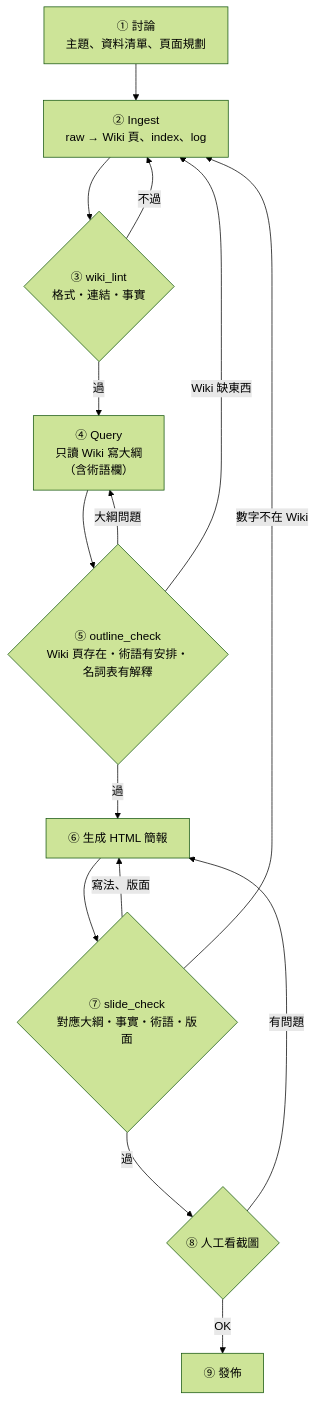
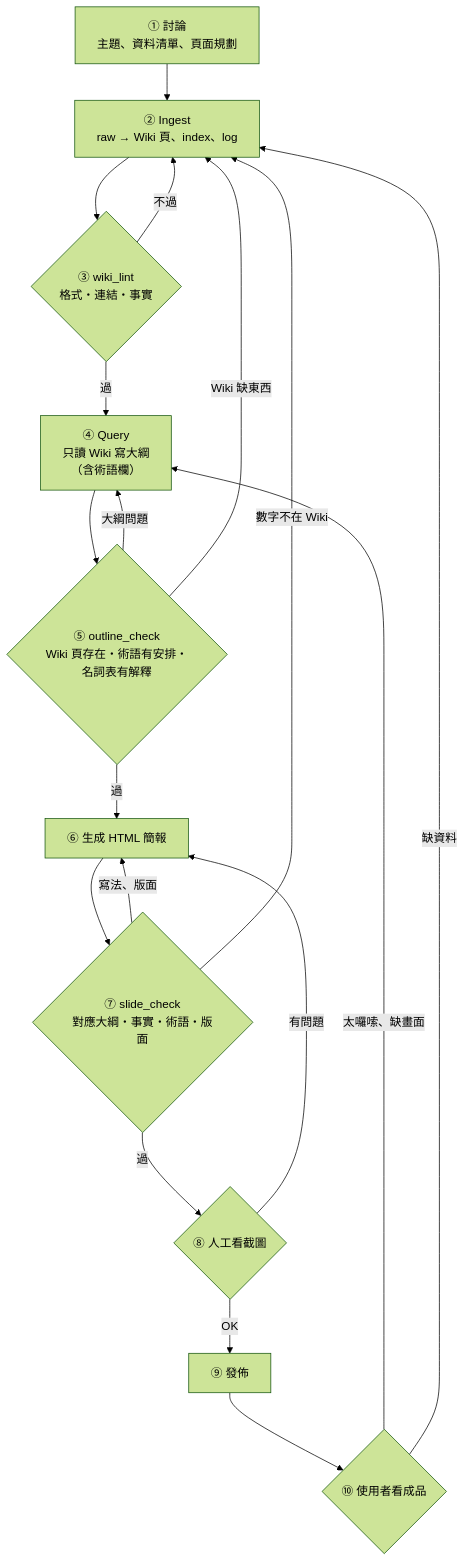
One commit to YIMin0123/Stormcast-LLM-Wiki changed the diagram in 流程設計.md. Above: the diagram before and after it, drawn with Mermaid (forest theme). The commit also changed other lines of this file and 40 other files, not shown here.

````diff
--- a/流程設計.md
+++ b/流程設計.md
@@ -5,17 +5,20 @@
 ```mermaid
 flowchart TD
   A["① 討論<br>主題、資料清單、頁面規劃"] --> B["② Ingest<br>raw → Wiki 頁、index、log"]
   B --> C{"③ wiki_lint<br>格式・連結・事實"}
   C -- 不過 --> B
   C -- 過 --> D["④ Query<br>只讀 Wiki 寫大綱<br>（含術語欄）"]
   D --> E{"⑤ outline_check<br>Wiki 頁存在・術語有安排・名詞表有解釋"}
   E -- 大綱問題 --> D
   E -- Wiki 缺東西 --> B
   E -- 過 --> F["⑥ 生成 HTML 簡報"]
   F --> G{"⑦ slide_check<br>對應大綱・事實・術語・版面"}
   G -- 寫法、版面 --> F
   G -- 數字不在 Wiki --> B
   G -- 過 --> H{"⑧ 人工看截圖"}
   H -- 有問題 --> F
   H -- OK --> I["⑨ 發佈"]
+  I --> J{"⑩ 使用者看成品"}
+  J -- 太囉嗦、缺畫面 --> D
+  J -- 缺資料 --> B
 ```
````
